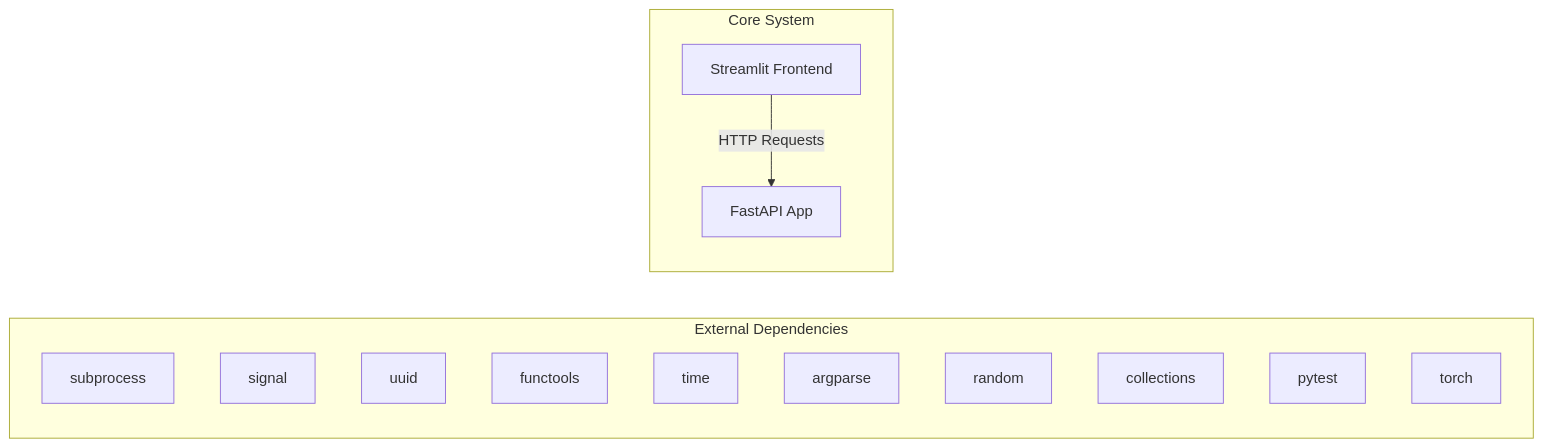
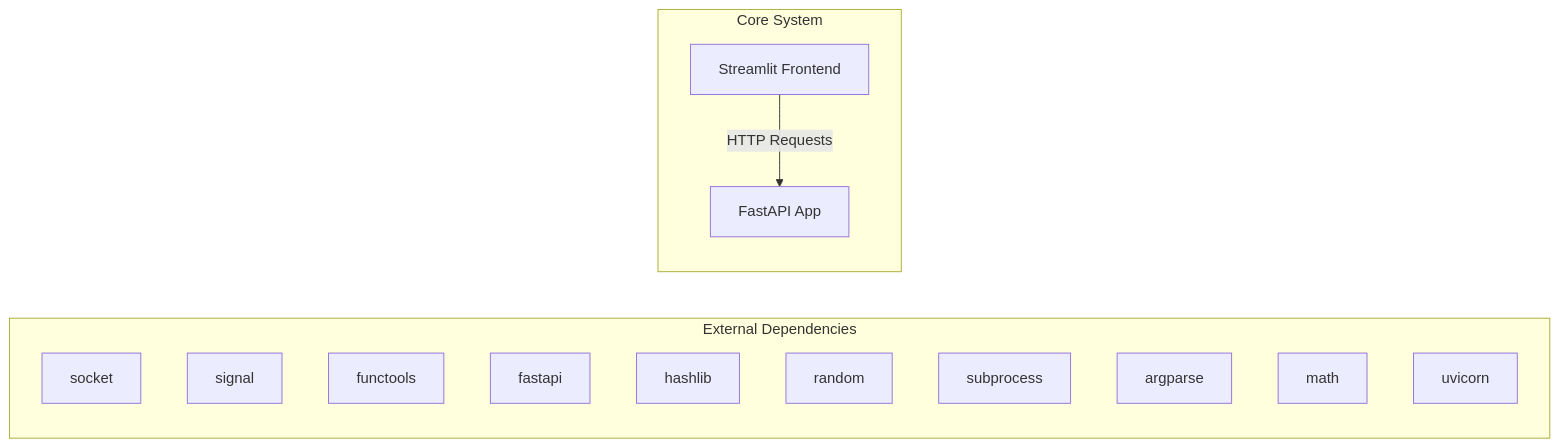
The first of 2 diagrams in docs/architecture.md (NITISH-R-G/rag-context-optimizer), drawn with Mermaid before and after one commit. The commit also changed 1 other file, not shown here.

Commit message:
docs: auto-update repository knowledge, architecture diagrams, and documentation

````diff
--- a/docs/architecture.md
+++ b/docs/architecture.md
@@ -7,20 +7,20 @@
 ```mermaid
 graph LR
     subgraph External Dependencies
-        E0["subprocess"]
+        E0["socket"]
         E1["signal"]
-        E2["uuid"]
-        E3["functools"]
-        E4["time"]
-        E5["argparse"]
-        E6["random"]
-        E7["collections"]
-        E8["pytest"]
-        E9["torch"]
+        E2["functools"]
+        E3["fastapi"]
+        E4["hashlib"]
+        E5["random"]
+        E6["subprocess"]
+        E7["argparse"]
+        E8["math"]
+        E9["uvicorn"]
     end
     subgraph Core System
         API["FastAPI App"]
         UI["Streamlit Frontend"]
     end
     UI -->|HTTP Requests| API
 ```
````
